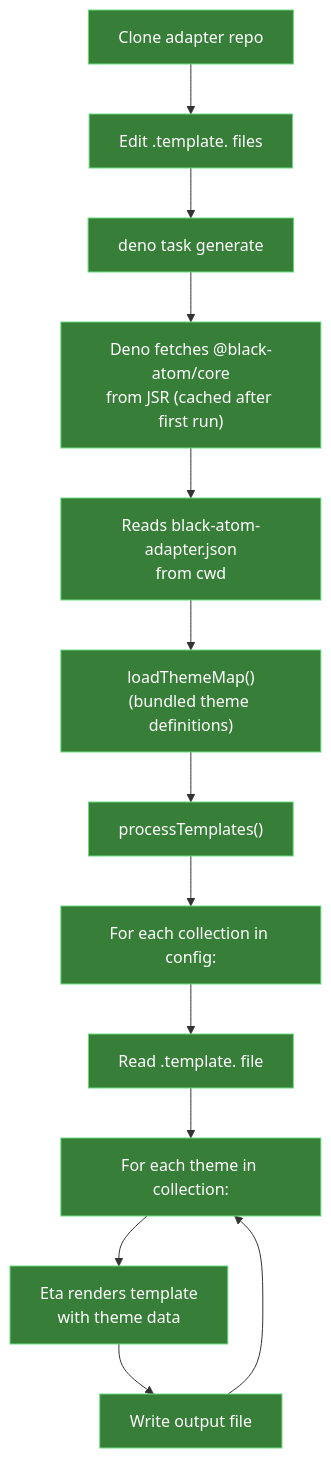
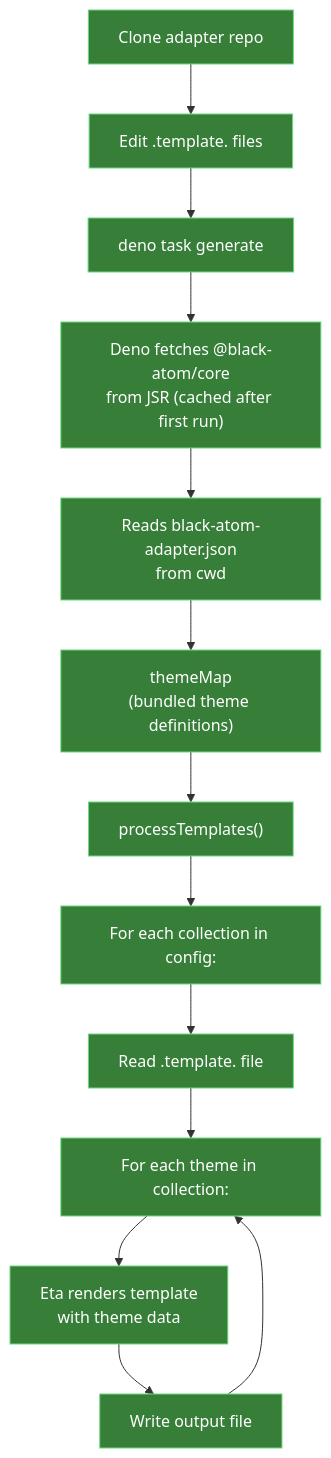
Before and after one commit to black-atom-industries/core: the first of 2 diagrams in docs/adapter-generation-architecture.md, drawn with Mermaid. The commit also changed 2 other files, not shown here.

Commit message:
refactor: remove unnecessary theme-loader indirection
Import themeMap directly from themes/map.ts instead of going through
a passthrough loadThemeMap() wrapper in lib/theme-loader.ts.

````diff
--- a/docs/adapter-generation-architecture.md
+++ b/docs/adapter-generation-architecture.md
@@ -18,28 +18,28 @@
 ```mermaid
 flowchart TD
     A["Clone adapter repo"] --> B["Edit .template. files"]
     B --> C["deno task generate"]
     C --> D["Deno fetches @black-atom/core<br/>from JSR (cached after first run)"]
     D --> E["Reads black-atom-adapter.json<br/>from cwd"]
-    E --> F["loadThemeMap()<br/>(bundled theme definitions)"]
+    E --> F["themeMap<br/>(bundled theme definitions)"]
     F --> G["processTemplates()"]
     G --> H["For each collection in config:"]
     H --> I["Read .template. file"]
     I --> J["For each theme in collection:"]
     J --> K["Eta renders template<br/>with theme data"]
     K --> L["Write output file"]
     L --> J
 
     style A fill:#377f38,stroke:#69db7c,color:#fff
     style B fill:#377f38,stroke:#69db7c,color:#fff
     style C fill:#377f38,stroke:#69db7c,color:#fff
     style D fill:#377f38,stroke:#69db7c,color:#fff
     style E fill:#377f38,stroke:#69db7c,color:#fff
     style F fill:#377f38,stroke:#69db7c,color:#fff
     style G fill:#377f38,stroke:#69db7c,color:#fff
     style H fill:#377f38,stroke:#69db7c,color:#fff
     style I fill:#377f38,stroke:#69db7c,color:#fff
     style J fill:#377f38,stroke:#69db7c,color:#fff
     style K fill:#377f38,stroke:#69db7c,color:#fff
     style L fill:#377f38,stroke:#69db7c,color:#fff
 ```
````
